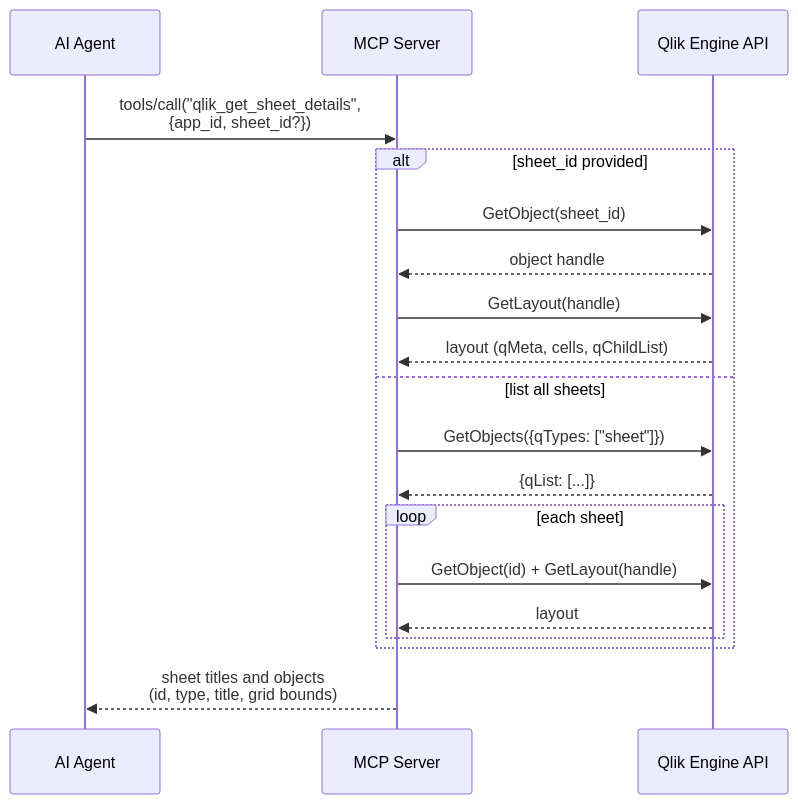
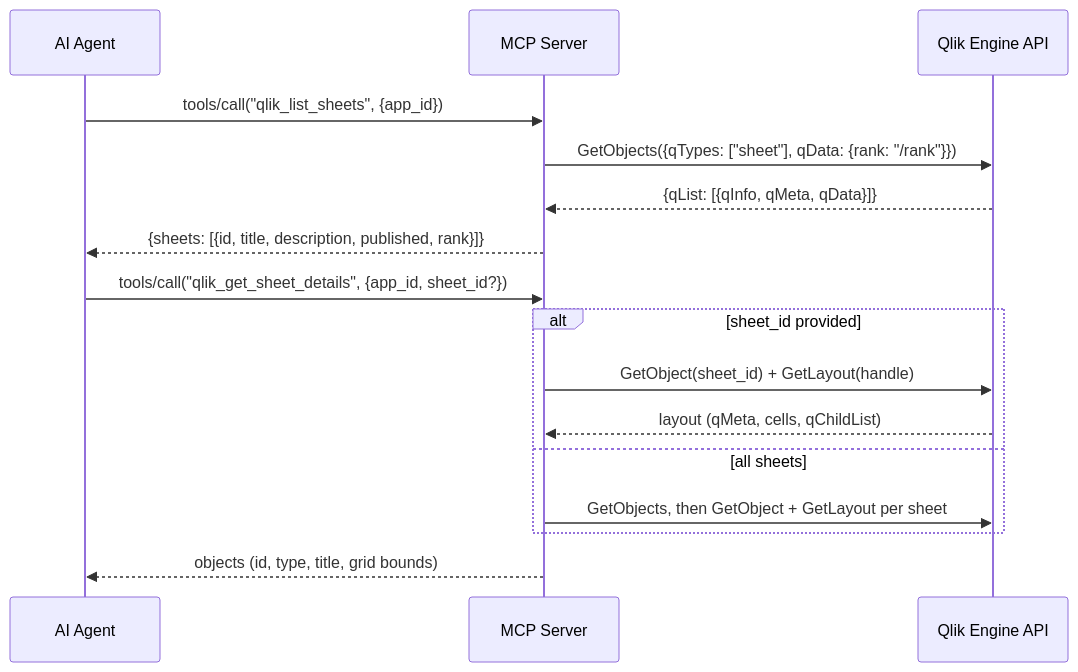
Before and after one commit to ssevera1/Qlik-Cloud-MCP-Server: the seventh of 10 diagrams in design/c4-diagrams/c3-component.md, drawn with Mermaid. The commit also changed other lines of this file and 32 other files, not shown here.

````diff
--- a/design/c4-diagrams/c3-component.md
+++ b/design/c4-diagrams/c3-component.md
@@ -100,24 +157,20 @@
 ```mermaid
 sequenceDiagram
     participant Agent as AI Agent
     participant MCP as MCP Server
     participant Engine as Qlik Engine API
 
-    Agent->>MCP: tools/call("qlik_get_sheet_details",<br/>{app_id, sheet_id?})
+    Agent->>MCP: tools/call("qlik_list_sheets", {app_id})
+    MCP->>Engine: GetObjects({qTypes: ["sheet"], qData: {rank: "/rank"}})
+    Engine-->>MCP: {qList: [{qInfo, qMeta, qData}]}
+    MCP-->>Agent: {sheets: [{id, title, description, published, rank}]}
 
+    Agent->>MCP: tools/call("qlik_get_sheet_details", {app_id, sheet_id?})
     alt sheet_id provided
-        MCP->>Engine: GetObject(sheet_id)
-        Engine-->>MCP: object handle
-        MCP->>Engine: GetLayout(handle)
+        MCP->>Engine: GetObject(sheet_id) + GetLayout(handle)
         Engine-->>MCP: layout (qMeta, cells, qChildList)
-    else list all sheets
-        MCP->>Engine: GetObjects({qTypes: ["sheet"]})
-        Engine-->>MCP: {qList: [...]}
-        loop each sheet
-            MCP->>Engine: GetObject(id) + GetLayout(handle)
-            Engine-->>MCP: layout
-        end
+    else all sheets
+        MCP->>Engine: GetObjects, then GetObject + GetLayout per sheet
     end
-
-    MCP-->>Agent: sheet titles and objects<br/>(id, type, title, grid bounds)
+    MCP-->>Agent: objects (id, type, title, grid bounds)
 ```
````
